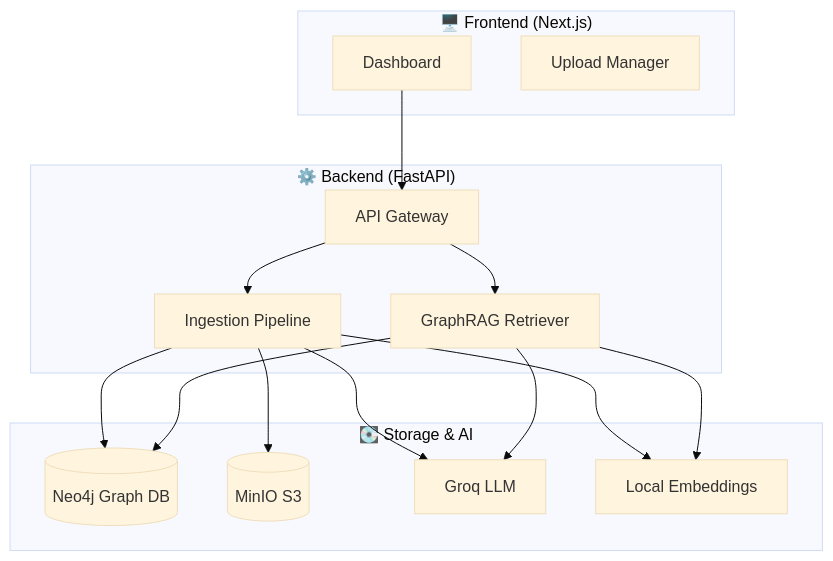
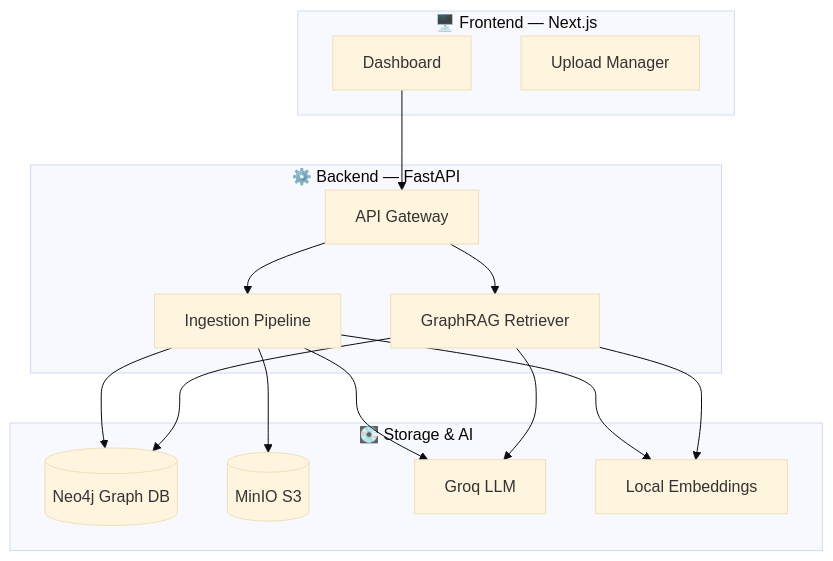
The first of 3 diagrams in README.md (Diluksha-Upeka/Neurospace), drawn with Mermaid (base theme) before and after one commit. The commit also changed other lines of this file, not shown here.

Commit message:
docs: rewrite README with problem statement, architecture diagrams, and tech stack

````diff
--- a/README.md
+++ b/README.md
@@ -91,25 +42,25 @@
 ```mermaid
 graph TD
-  subgraph Client ["🖥️ Frontend (Next.js)"]
+  subgraph Client ["🖥️ Frontend — Next.js"]
     UI[Dashboard]
     Upload[Upload Manager]
   end
 
-  subgraph Server ["⚙️ Backend (FastAPI)"]
+  subgraph Server ["⚙️ Backend — FastAPI"]
     API[API Gateway]
     Ingest[Ingestion Pipeline]
     Retriever[GraphRAG Retriever]
   end
 
   subgraph Data ["💽 Storage & AI"]
     Neo4j[(Neo4j Graph DB)]
     Storage[(MinIO S3)]
     Groq[Groq LLM]
     Embed[Local Embeddings]
   end
 
   UI --> API
   API --> Ingest & Retriever
   Ingest --> Storage & Neo4j & Groq & Embed
   Retriever --> Neo4j & Embed & Groq
 ```
````
